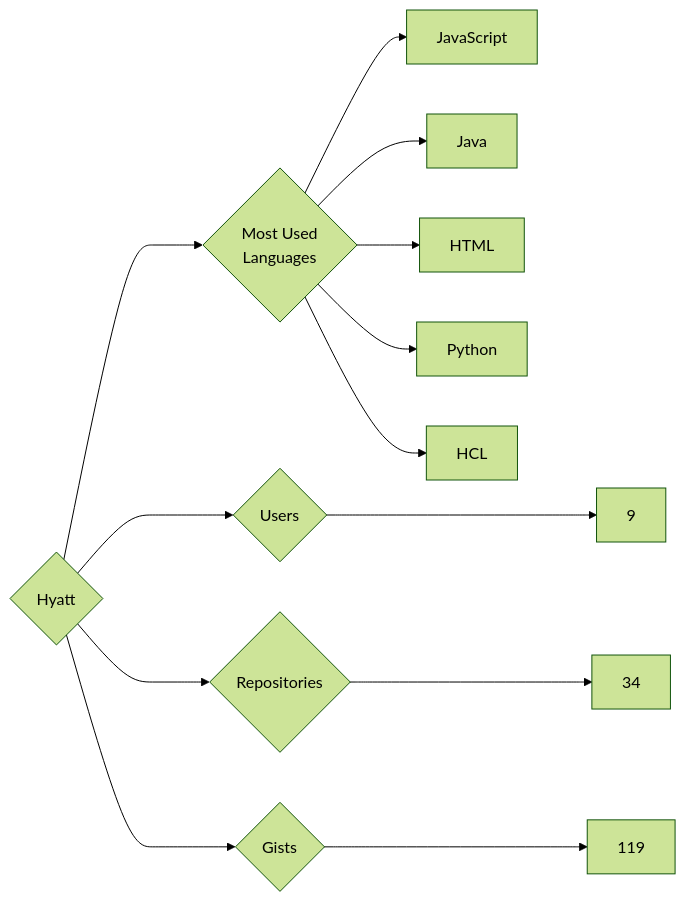
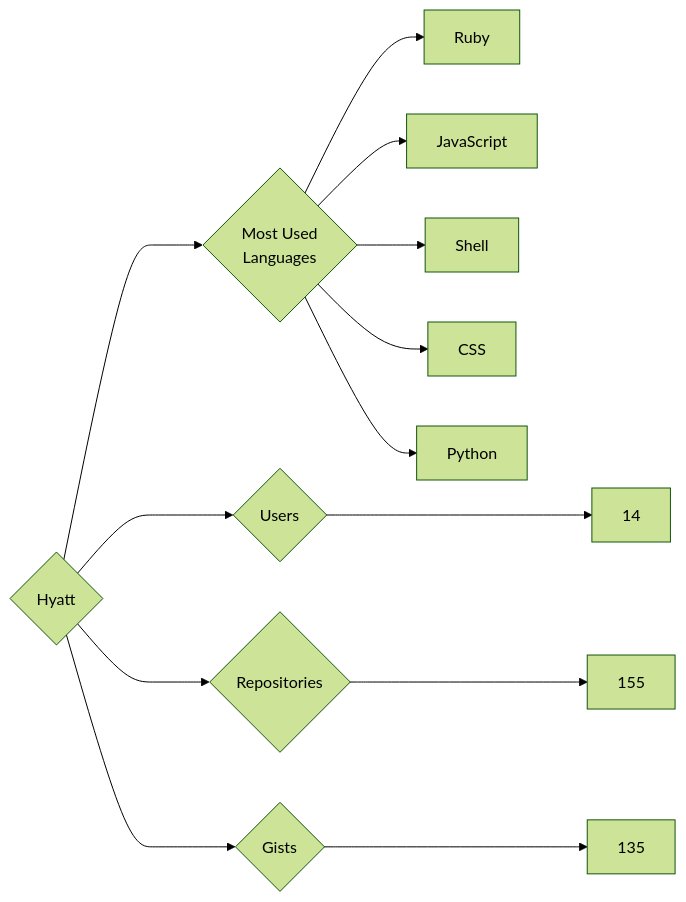
One commit to trickest/insiders changed the diagram in targets/Hyatt/README.md. Above: the diagram before and after it, drawn with Mermaid (forest theme). The commit also changed 657 other files, not shown here.

````diff
--- a/targets/Hyatt/README.md
+++ b/targets/Hyatt/README.md
@@ -3,13 +3,13 @@
 ```mermaid
 graph LR
 COMPANY_NAME{Hyatt}
-COMPANY_NAME ---> U{Users} ---> UN[9]
-COMPANY_NAME ---> R{Repositories} ---> RN[34]
-COMPANY_NAME ---> G{Gists} ---> GN[119]
+COMPANY_NAME ---> U{Users} ---> UN[14]
+COMPANY_NAME ---> R{Repositories} ---> RN[155]
+COMPANY_NAME ---> G{Gists} ---> GN[135]
 COMPANY_NAME ---> ML{Most Used<br>Languages}
+ML --> Ruby[Ruby]
 ML --> JavaScript[JavaScript]
-ML --> Java[Java]
-ML --> HTML[HTML]
+ML --> Shell[Shell]
+ML --> CSS[CSS]
 ML --> Python[Python]
-ML --> HCL[HCL]
 ```
````
